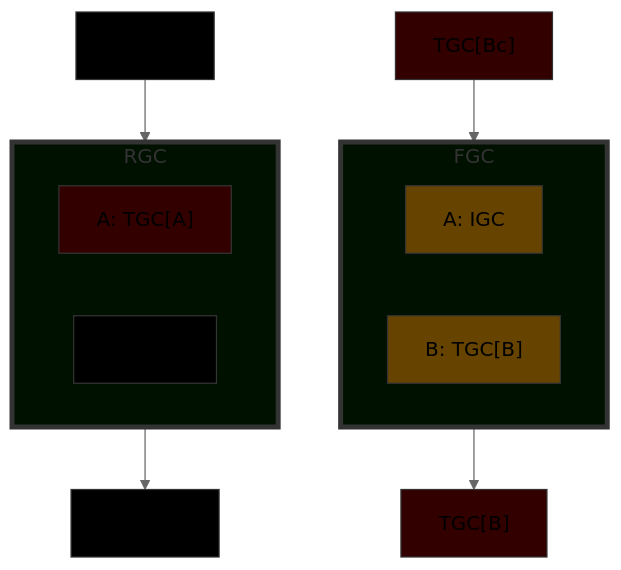
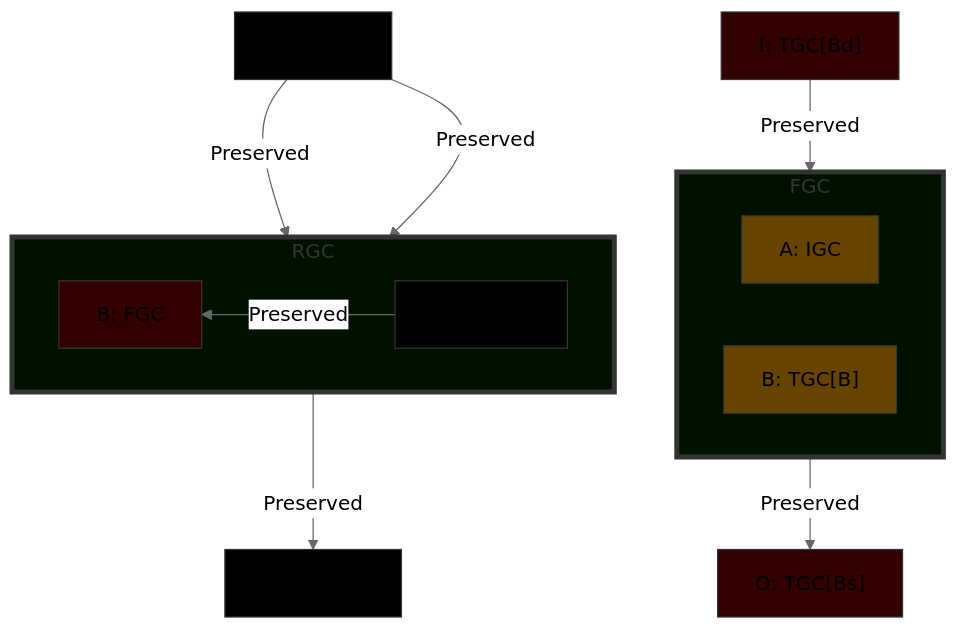
Before and after one commit to Shapedsundew9/erasmus-gp: the fifth of 6 diagrams in egppy/egppy/physics/docs/insertion.md, drawn with Mermaid (neutral theme). The commit also changed other lines of this file and 18 other files, not shown here.

First line of the commit message:
WIP: Refactor genetic code connection graph and insertion logic

````diff
--- a/egppy/egppy/physics/docs/insertion.md
+++ b/egppy/egppy/physics/docs/insertion.md
@@ -179,37 +178,41 @@
 ```mermaid
 %% Insertion Case 4
 flowchart TB
-    I1["TGC[I]"]
+    I1["I: TGC[I]"]
     subgraph RGC
         direction RL
         GCA1["A: TGC[A]"]
         GCB1["B: FGC"]
     end
-    O1["TGC[O]"]
-    I1 --> RGC --> O1
+    O1["O: TGC[O]"]
+    I1 --Preserved-->GCA1
+    I1 --Preserved-->GCB1
+    GCA1 --Preserved-->GCB1
+    GCB1 --Preserved--> O1
 
-    I2["TGC[Bc]"]
+    I2["I: TGC[Bd]"]
     subgraph FGC
         direction RL
         GCA2["A: IGC"]
         GCB2["B: TGC[B]"]
     end
-    O2["TGC[B]"]
-    I2 --> FGC --> O2
+    O2["O: TGC[Bs]"]
+    I2 --Preserved--> GCB2
+    GCB2 --Preserved--> O2
 
 classDef newGC fill:#010,stroke:#333,stroke-width:4px
 classDef newRow fill:#300,stroke:#333,stroke-width:1px
 classDef modified fill:#640,stroke:#333,stroke-width:1px
 classDef unchanged fill:#000,stroke:#333,stroke-width:1px
 
 class RGC newGC
-class GCB1 unchanged
-class GCA1 newRow
+class GCB1 newRow
+class GCA1 unchanged
 class FGC newGC
 class GCA2 modified
 class GCB2 modified
 class I1 unchanged
 class I2 newRow
 class O1 unchanged
 class O2 newRow
 ```
````
